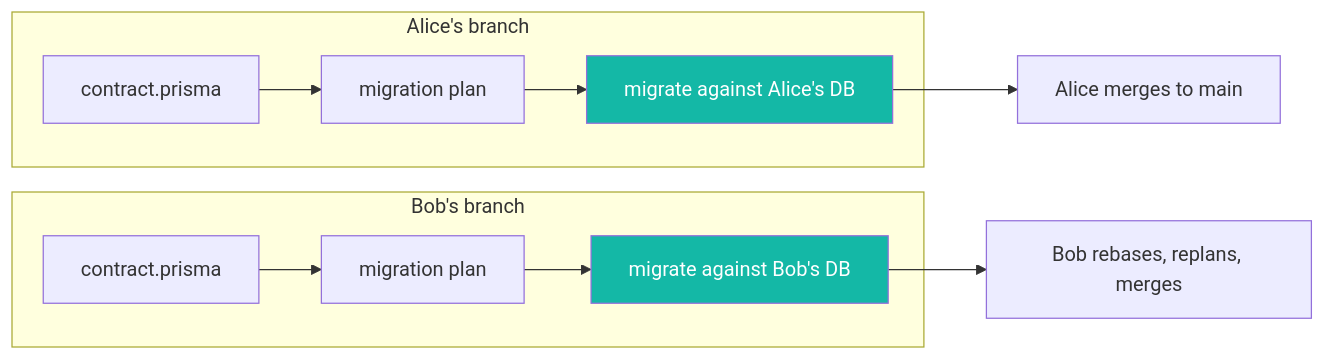
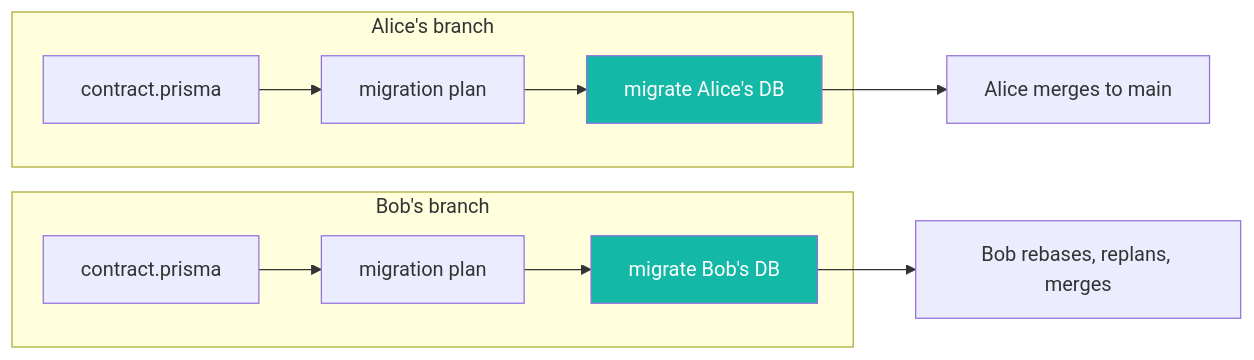
The second of 3 diagrams in apps/blog/content/blog/ship-risky-schema-changes-without-a-shared-staging-database/index.mdx (fawaz093n-netizen/web), drawn with Mermaid before and after one commit. The commit also changed other lines of this file and 3 other files, not shown here.

````diff
--- a/apps/blog/content/blog/ship-risky-schema-changes-without-a-shared-staging-database/index.mdx
+++ b/apps/blog/content/blog/ship-risky-schema-changes-without-a-shared-staging-database/index.mdx
@@ -81,15 +89,15 @@
 ```mermaid
 flowchart LR
     subgraph Alice's branch
         A1[contract.prisma] --> A2[migration plan]
-        A2 --> A3[migrate against Alice's DB]
+        A2 --> A3[migrate Alice's DB]
     end
     subgraph Bob's branch
         B1[contract.prisma] --> B2[migration plan]
-        B2 --> B3[migrate against Bob's DB]
+        B2 --> B3[migrate Bob's DB]
     end
     A3 --> A4[Alice merges to main]
     B3 --> B4[Bob rebases, replans, merges]
     style A3 fill:#14b8a6,color:#fff
     style B3 fill:#14b8a6,color:#fff
 ```
````
